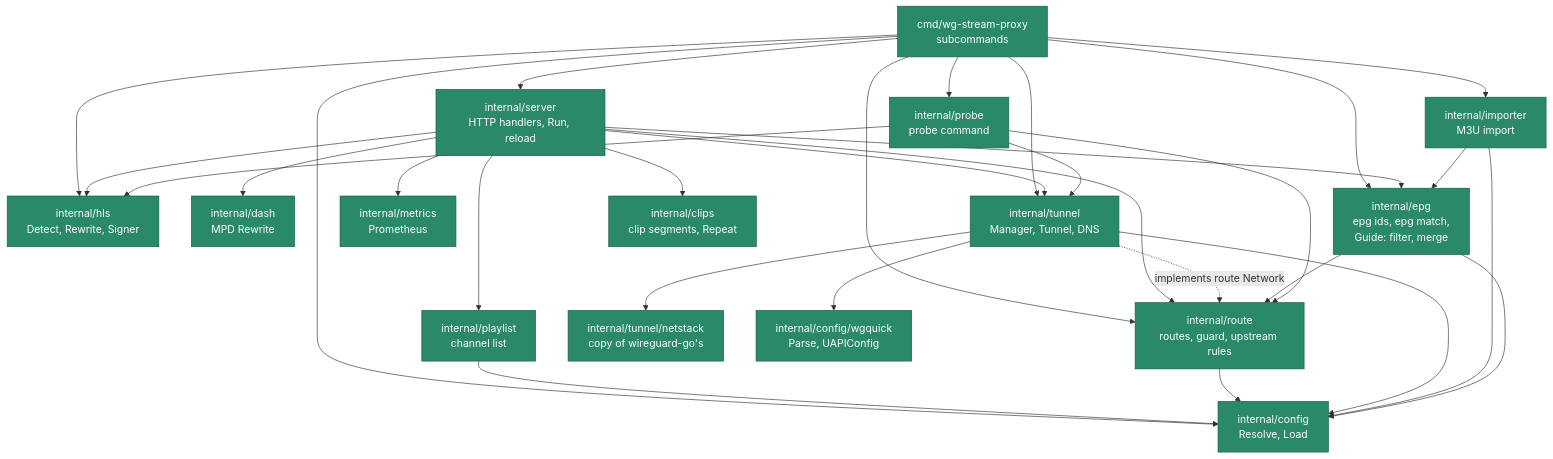
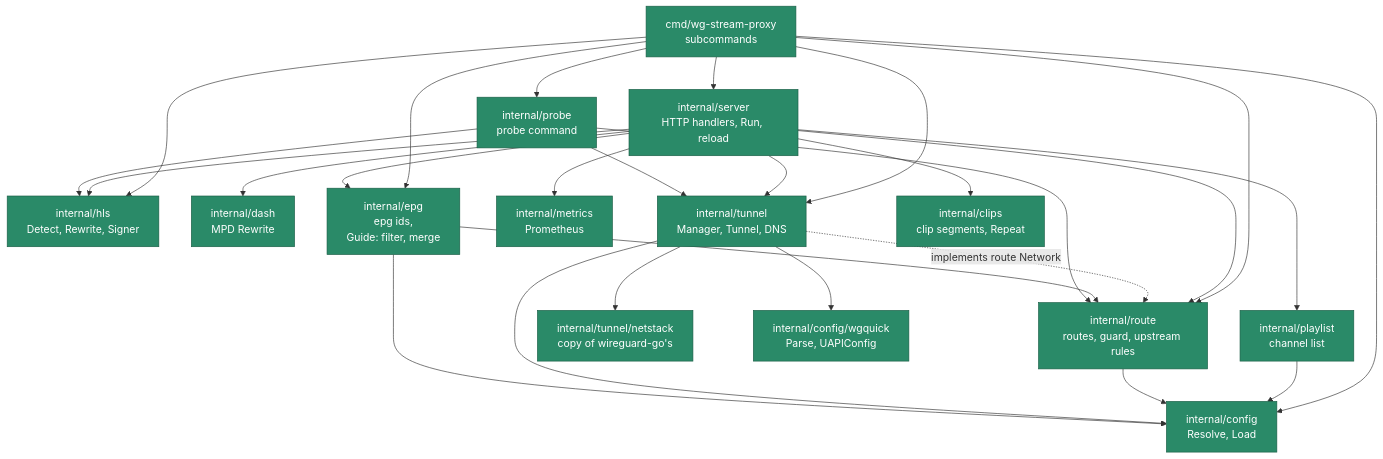
One commit to KingOfKalk/wg-stream-proxy changed diagram 15 of 18 in docs/architecture.md. Above: the diagram before and after it, drawn with Mermaid. The commit also changed other lines of this file and 61 other files, not shown here.

Commit message:
refactor(cli)!: remove the one-off import and epg match commands (#145)

````diff
--- a/docs/architecture.md
+++ b/docs/architecture.md
@@ -885,30 +885,28 @@
 ```mermaid
 flowchart TD
     main["cmd/wg-stream-proxy<br/>subcommands"]:::done
     server["internal/server<br/>HTTP handlers, Run, reload"]:::done
     playlist["internal/playlist<br/>channel list"]:::done
     hls["internal/hls<br/>Detect, Rewrite, Signer"]:::done
     dash["internal/dash<br/>MPD Rewrite"]:::done
     route["internal/route<br/>routes, guard, upstream rules"]:::done
     tunnel["internal/tunnel<br/>Manager, Tunnel, DNS"]:::done
     netstack["internal/tunnel/netstack<br/>copy of wireguard-go's"]:::done
     config["internal/config<br/>Resolve, Load"]:::done
     wgquick["internal/config/wgquick<br/>Parse, UAPIConfig"]:::done
     metrics["internal/metrics<br/>Prometheus"]:::done
-    importer["internal/importer<br/>M3U import"]:::done
-    epg["internal/epg<br/>epg ids, epg match,<br/>Guide: filter, merge"]:::done
+    epg["internal/epg<br/>epg ids,<br/>Guide: filter, merge"]:::done
     clips["internal/clips<br/>clip segments, Repeat"]:::done
     probe["internal/probe<br/>probe command"]:::done
 
-    main --> server & config & importer & epg & probe & route & tunnel & hls
+    main --> server & config & epg & probe & route & tunnel & hls
     server --> playlist & hls & dash & route & tunnel & metrics & clips & epg
     playlist --> config
     route --> config
     tunnel -. "implements route Network" .-> route
     tunnel --> config & wgquick & netstack
-    importer --> config & epg
     epg --> config & route
     probe --> hls & route & tunnel
 
     classDef done fill:#2a8a68,stroke:#1a5e46,color:#ffffff
 ```
````
